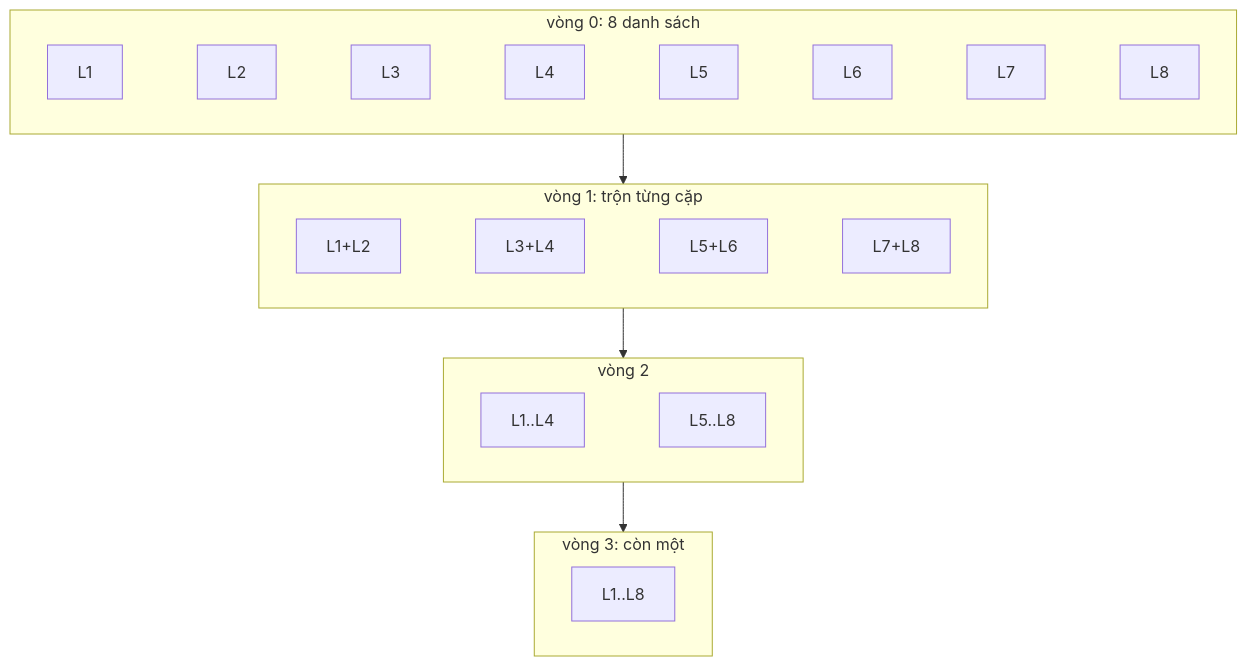
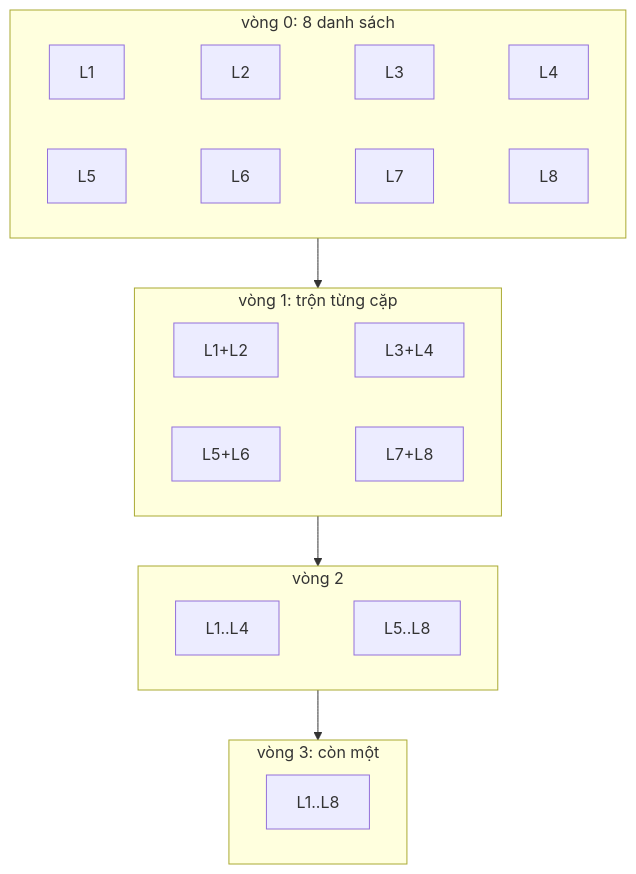
One commit to duongbui234/software-engineering-atlas changed the diagram in content/problems/merge-k-sorted-lists.md. Above: the diagram before and after it, drawn with Mermaid. The commit also changed 134 other files, not shown here.

First line of the commit message:
Fit every Mermaid diagram at 390px without sideways scroll (#56)

````diff
--- a/content/problems/merge-k-sorted-lists.md
+++ b/content/problems/merge-k-sorted-lists.md
@@ -54,19 +54,21 @@
 ```mermaid
 flowchart TB
   subgraph V0["vòng 0: 8 danh sách"]
     direction LR
-    L1["L1"] ~~~ L2["L2"] ~~~ L3["L3"] ~~~ L4["L4"] ~~~ L5["L5"] ~~~ L6["L6"] ~~~ L7["L7"] ~~~ L8["L8"]
+    L1["L1"] ~~~ L2["L2"] ~~~ L3["L3"] ~~~ L4["L4"]
+    L5["L5"] ~~~ L6["L6"] ~~~ L7["L7"] ~~~ L8["L8"]
   end
   subgraph V1["vòng 1: trộn từng cặp"]
     direction LR
-    A["L1+L2"] ~~~ B["L3+L4"] ~~~ C["L5+L6"] ~~~ D["L7+L8"]
+    A["L1+L2"] ~~~ B["L3+L4"]
+    C["L5+L6"] ~~~ D["L7+L8"]
   end
   subgraph V2["vòng 2"]
     direction LR
     E["L1..L4"] ~~~ F["L5..L8"]
   end
   subgraph V3["vòng 3: còn một"]
     G["L1..L8"]
   end
   V0 --> V1 --> V2 --> V3
 ```
````
